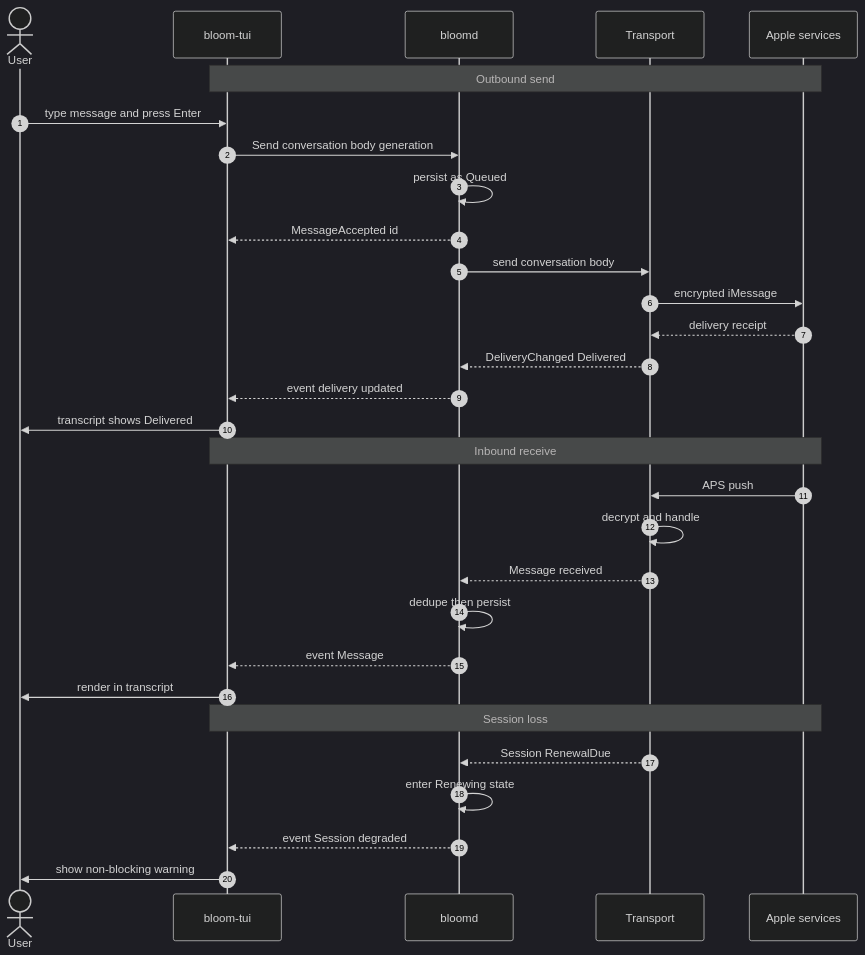
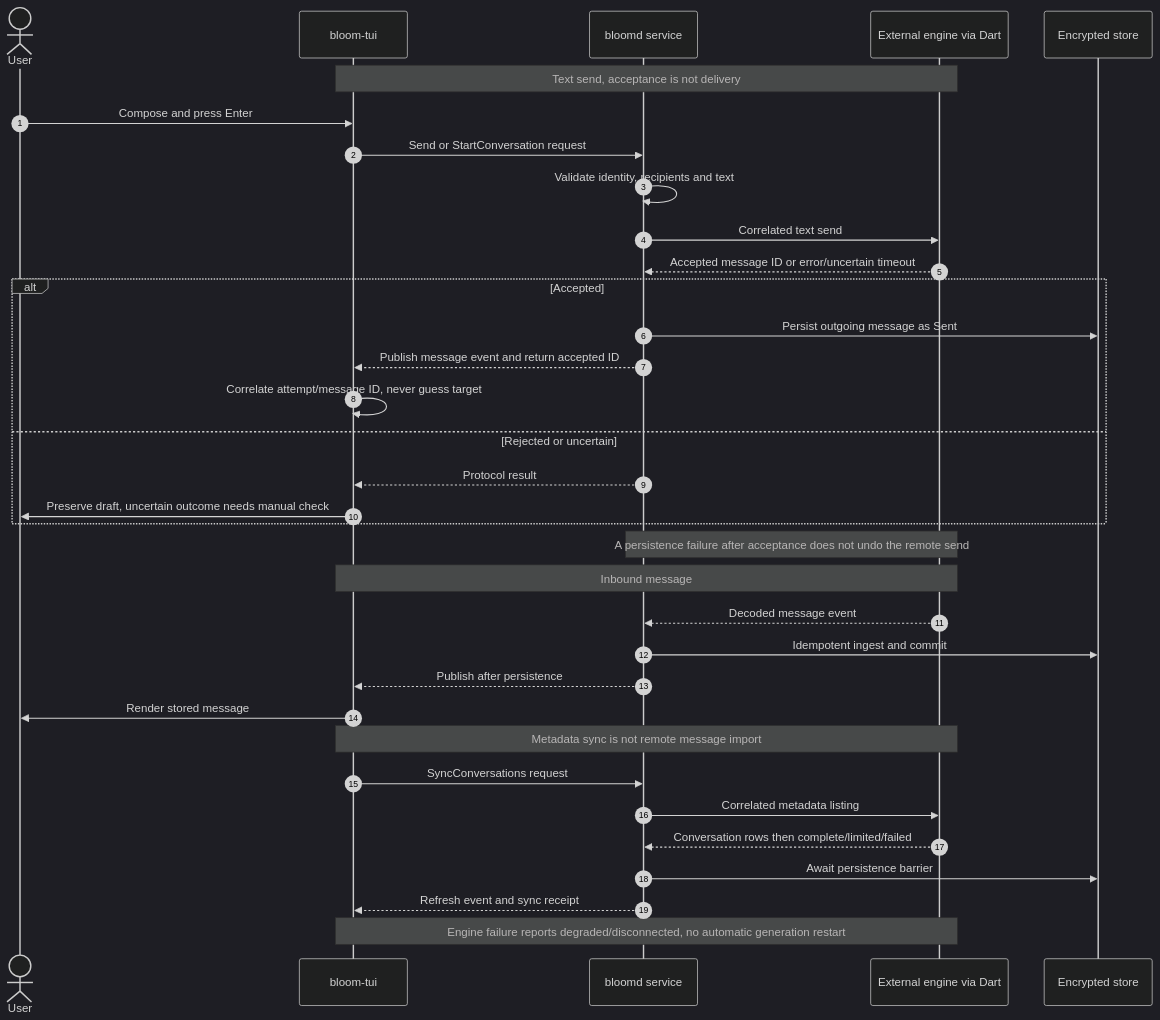
The diagram in docs/diagrams/runtime-flow.mmd (aandrx/bloom), drawn with Mermaid (dark theme) before and after one commit. The commit also changed 22 other files, not shown here.

Commit message:
Consolidate current architecture, roadmap and fresh-agent handoff

```diff
--- a/docs/diagrams/runtime-flow.mmd
+++ b/docs/diagrams/runtime-flow.mmd
@@ -1,36 +1,35 @@
+%% Current ordering; remote delivery and renewal require separate evidence.
 sequenceDiagram
     autonumber
     actor U as User
-    participant TUI as bloom-tui
-    participant D as bloomd
-    participant X as Transport
-    participant A as Apple services
-
-    Note over TUI,A: Outbound send
-
-    U->>TUI: type message and press Enter
-    TUI->>D: Send conversation body generation
-    D->>D: persist as Queued
-    D-->>TUI: MessageAccepted id
-    D->>X: send conversation body
-    X->>A: encrypted iMessage
-    A-->>X: delivery receipt
-    X-->>D: DeliveryChanged Delivered
-    D-->>TUI: event delivery updated
-    TUI->>U: transcript shows Delivered
-
-    Note over TUI,A: Inbound receive
-
-    A->>X: APS push
-    X->>X: decrypt and handle
-    X-->>D: Message received
-    D->>D: dedupe then persist
-    D-->>TUI: event Message
-    TUI->>U: render in transcript
-
-    Note over TUI,A: Session loss
-
-    X-->>D: Session RenewalDue
-    D->>D: enter Renewing state
-    D-->>TUI: event Session degraded
-    TUI->>U: show non-blocking warning
+    participant T as bloom-tui
+    participant D as bloomd service
+    participant E as External engine via Dart
+    participant S as Encrypted store
+    Note over T,E: Text send, acceptance is not delivery
+    U->>T: Compose and press Enter
+    T->>D: Send or StartConversation request
+    D->>D: Validate identity, recipients and text
+    D->>E: Correlated text send
+    E-->>D: Accepted message ID or error/uncertain timeout
+    alt Accepted
+        D->>S: Persist outgoing message as Sent
+        D-->>T: Publish message event and return accepted ID
+        T->>T: Correlate attempt/message ID, never guess target
+    else Rejected or uncertain
+        D-->>T: Protocol result
+        T->>U: Preserve draft, uncertain outcome needs manual check
+    end
+    Note over D,E: A persistence failure after acceptance does not undo the remote send
+    Note over T,E: Inbound message
+    E-->>D: Decoded message event
+    D->>S: Idempotent ingest and commit
+    D-->>T: Publish after persistence
+    T->>U: Render stored message
+    Note over T,E: Metadata sync is not remote message import
+    T->>D: SyncConversations request
+    D->>E: Correlated metadata listing
+    E-->>D: Conversation rows then complete/limited/failed
+    D->>S: Await persistence barrier
+    D-->>T: Refresh event and sync receipt
+    Note over T,E: Engine failure reports degraded/disconnected, no automatic generation restart
```
